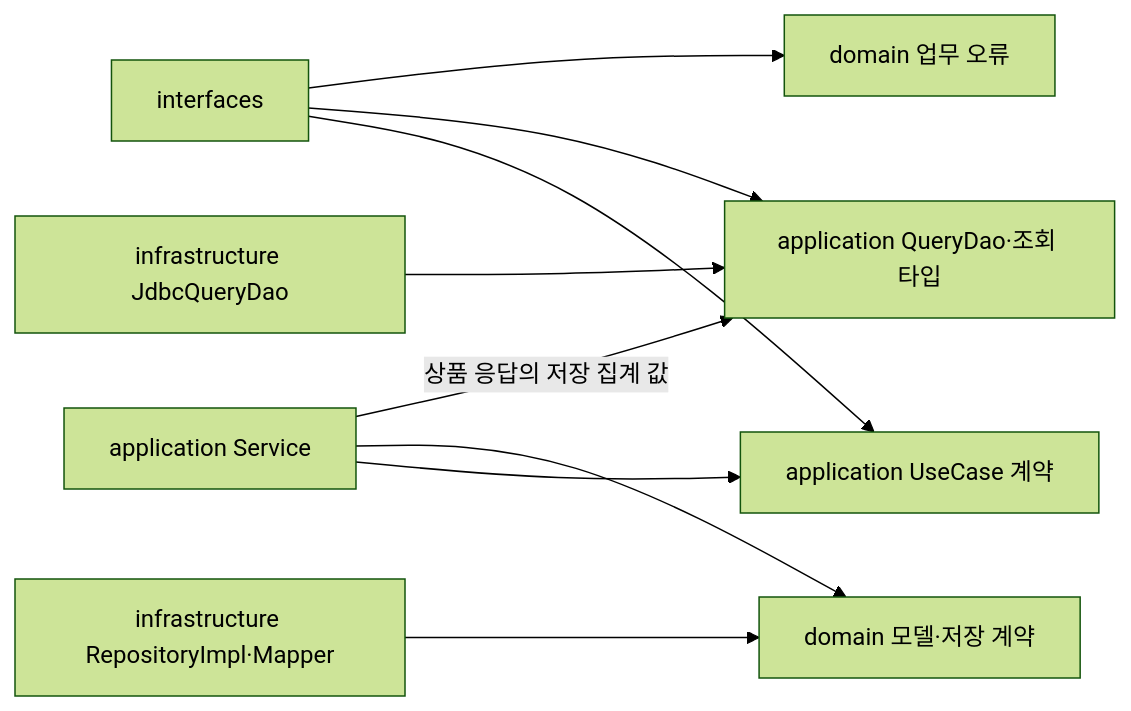
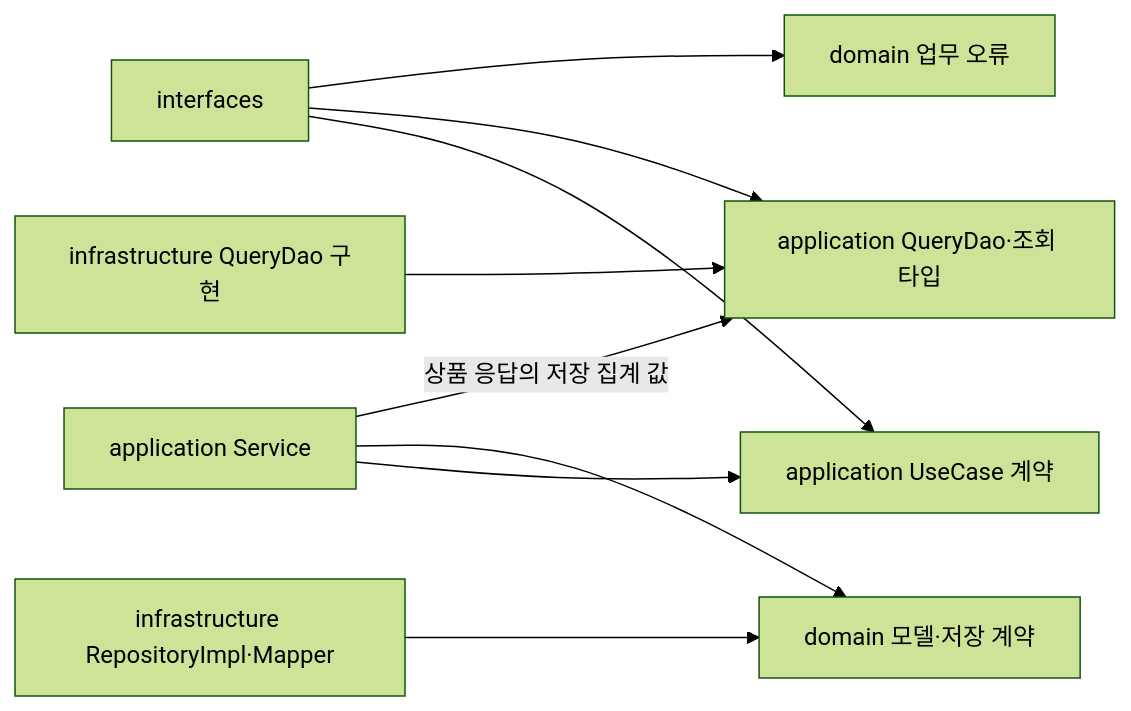
The diagram in docs/week2/conventions.md (corinB/loop-pack-be-l2-vol5-java), drawn with Mermaid (forest theme) before and after one commit. The commit also changed other lines of this file and 21 other files, not shown here.

````diff
--- a/docs/week2/conventions.md
+++ b/docs/week2/conventions.md
@@ -39,11 +39,11 @@
 ```mermaid
 flowchart LR
     I[interfaces] --> U[application UseCase 계약]
     S[application Service] --> U
     S --> D[domain 모델·저장 계약]
     I --> Q[application QueryDao·조회 타입]
     S -->|상품 응답의 저장 집계 값| Q
     R[infrastructure RepositoryImpl·Mapper] --> D
-    A[infrastructure JdbcQueryDao] --> Q
+    A[infrastructure QueryDao 구현] --> Q
     I --> E[domain 업무 오류]
 ```
````
